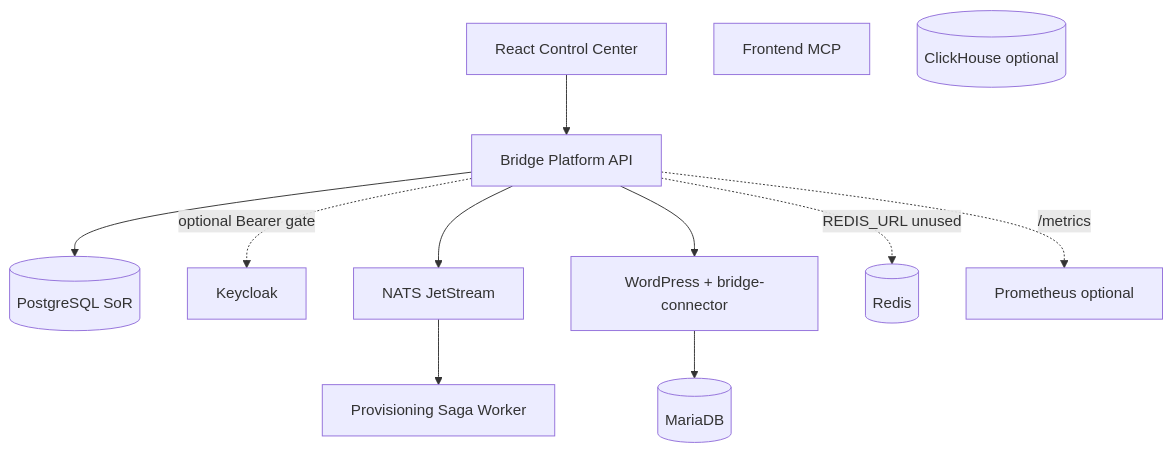
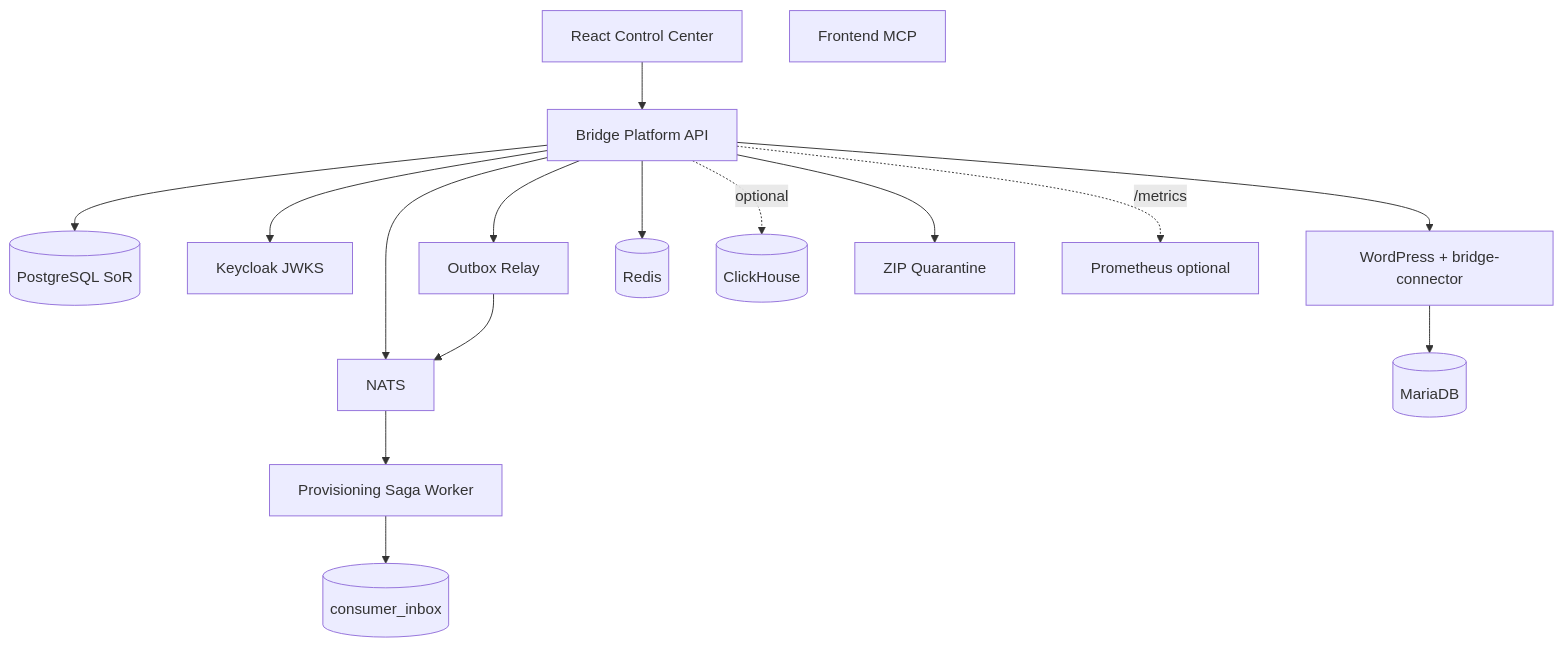
The diagram in docs/ARCHITECTURE.md (MarvelousME/ecosystem), drawn with Mermaid before and after one commit. The commit also changed other lines of this file and 61 other files, not shown here.

````diff
--- a/docs/ARCHITECTURE.md
+++ b/docs/ARCHITECTURE.md
@@ -16,14 +16,18 @@
 ```mermaid
 graph TB
   UI[React Control Center] --> API[Bridge Platform API]
   API --> PG[(PostgreSQL SoR)]
-  API -. optional Bearer gate .-> KC[Keycloak]
-  API --> N[NATS JetStream]
+  API --> KC[Keycloak JWKS]
+  API --> N[NATS]
+  API --> OX[Outbox Relay]
+  OX --> N
   N --> W[Provisioning Saga Worker]
+  W --> CI[(consumer_inbox)]
   API --> WP[WordPress + bridge-connector]
   WP --> MY[(MariaDB)]
-  API -. REDIS_URL unused .-> R[(Redis)]
+  API --> R[(Redis)]
+  API -. optional .-> CH[(ClickHouse)]
+  API --> Q[ZIP Quarantine]
   MCP[Frontend MCP]
-  CH[(ClickHouse optional)]
   API -. /metrics .-> P[Prometheus optional]
 ```
````
